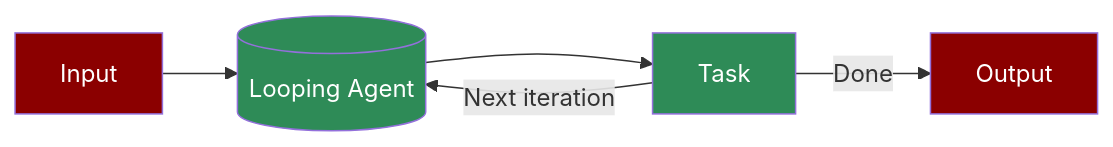
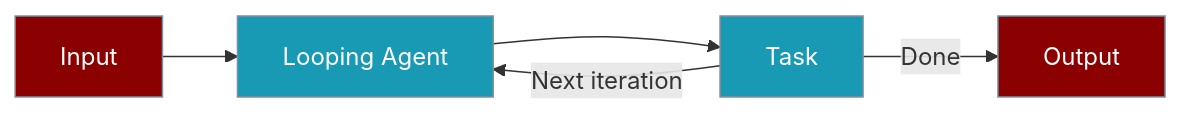
Before and after one commit to MervinPraison/PraisonAIDocs: the first of 2 diagrams in docs/features/repetitive.mdx, drawn with Mermaid. The commit also changed other lines of this file and 4 other files, not shown here.

````diff
--- a/docs/features/repetitive.mdx
+++ b/docs/features/repetitive.mdx
@@ -7,12 +29,13 @@
 ```mermaid
-flowchart LR
-    In[Input] --> LoopAgent[("Looping Agent")]
+graph LR
+    In[Input] --> LoopAgent[Looping Agent]
     LoopAgent --> Task[Task]
-    Task --> |Next iteration| LoopAgent
-    Task --> |Done| Out[Output]
-    
-    style In fill:#8B0000,color:#fff
-    style LoopAgent fill:#2E8B57,color:#fff,shape:circle
-    style Task fill:#2E8B57,color:#fff
-    style Out fill:#8B0000,color:#fff
+    Task -->|Next iteration| LoopAgent
+    Task -->|Done| Out[Output]
+
+    classDef agent fill:#8B0000,stroke:#7C90A0,color:#fff
+    classDef tool fill:#189AB4,stroke:#7C90A0,color:#fff
+
+    class In,Out agent
+    class LoopAgent,Task tool
 ```
````
